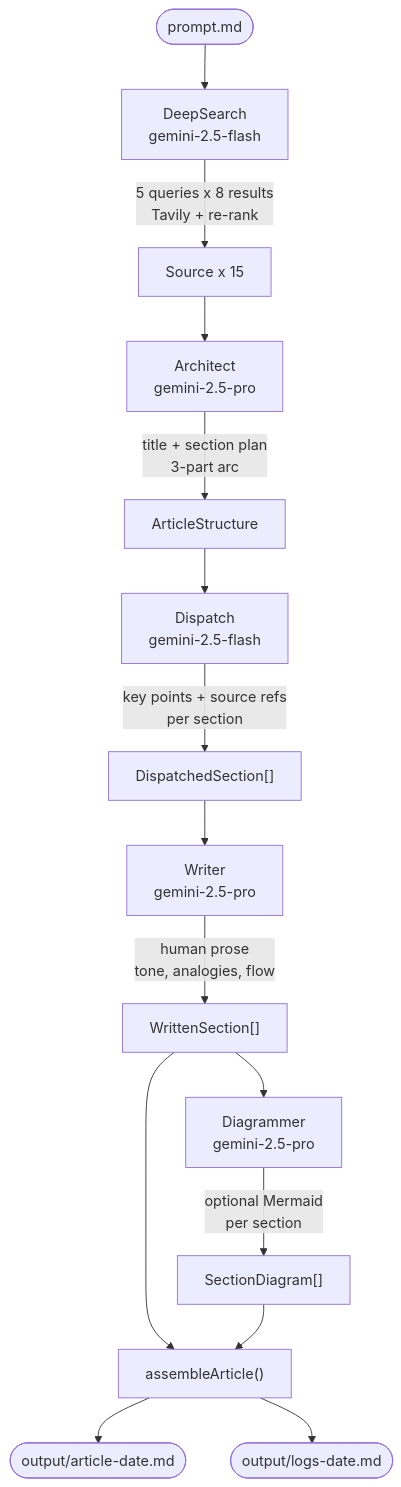
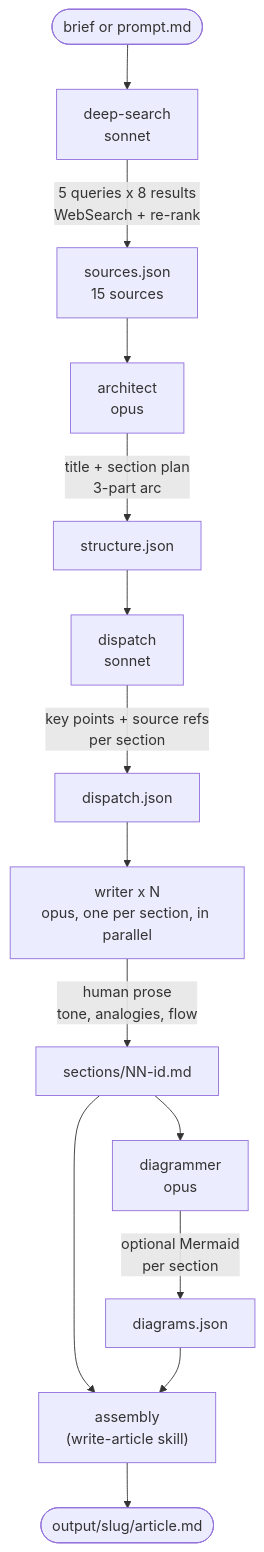
Before and after one commit to Val1t3/article-companion: the diagram in README.md, drawn with Mermaid. The commit also changed other lines of this file and 27 other files, not shown here.

````diff
--- a/README.md
+++ b/README.md
@@ -11,33 +11,32 @@
 ```mermaid
 flowchart TD
-    P([prompt.md]) --> DS
+    P(["brief or prompt.md"]) --> DS
 
-    DS["DeepSearch<br/>gemini-2.5-flash"]
-    DS -- "5 queries x 8 results<br/>Tavily + re-rank" --> DS_OUT["Source x 15"]
+    DS["deep-search<br/>sonnet"]
+    DS -- "5 queries x 8 results<br/>WebSearch + re-rank" --> DS_OUT["sources.json<br/>15 sources"]
 
     DS_OUT --> AR
 
-    AR["Architect<br/>gemini-2.5-pro"]
-    AR -- "title + section plan<br/>3-part arc" --> AR_OUT["ArticleStructure"]
+    AR["architect<br/>opus"]
+    AR -- "title + section plan<br/>3-part arc" --> AR_OUT["structure.json"]
 
     AR_OUT --> DI
 
-    DI["Dispatch<br/>gemini-2.5-flash"]
-    DI -- "key points + source refs<br/>per section" --> DI_OUT["DispatchedSection[]"]
+    DI["dispatch<br/>sonnet"]
+    DI -- "key points + source refs<br/>per section" --> DI_OUT["dispatch.json"]
 
     DI_OUT --> WR
 
-    WR["Writer<br/>gemini-2.5-pro"]
-    WR -- "human prose<br/>tone, analogies, flow" --> WR_OUT["WrittenSection[]"]
+    WR["writer x N<br/>opus, one per section, in parallel"]
+    WR -- "human prose<br/>tone, analogies, flow" --> WR_OUT["sections/NN-id.md"]
 
     WR_OUT --> DG
 
-    DG["Diagrammer<br/>gemini-2.5-pro"]
-    DG -- "optional Mermaid<br/>per section" --> DG_OUT["SectionDiagram[]"]
+    DG["diagrammer<br/>opus"]
+    DG -- "optional Mermaid<br/>per section" --> DG_OUT["diagrams.json"]
 
-    WR_OUT --> AS["assembleArticle()"]
+    WR_OUT --> AS["assembly<br/>(write-article skill)"]
     DG_OUT --> AS
 
-    AS --> OUT1([output/article-date.md])
-    AS --> OUT2([output/logs-date.md])
+    AS --> OUT(["output/slug/article.md"])
 ```
````
